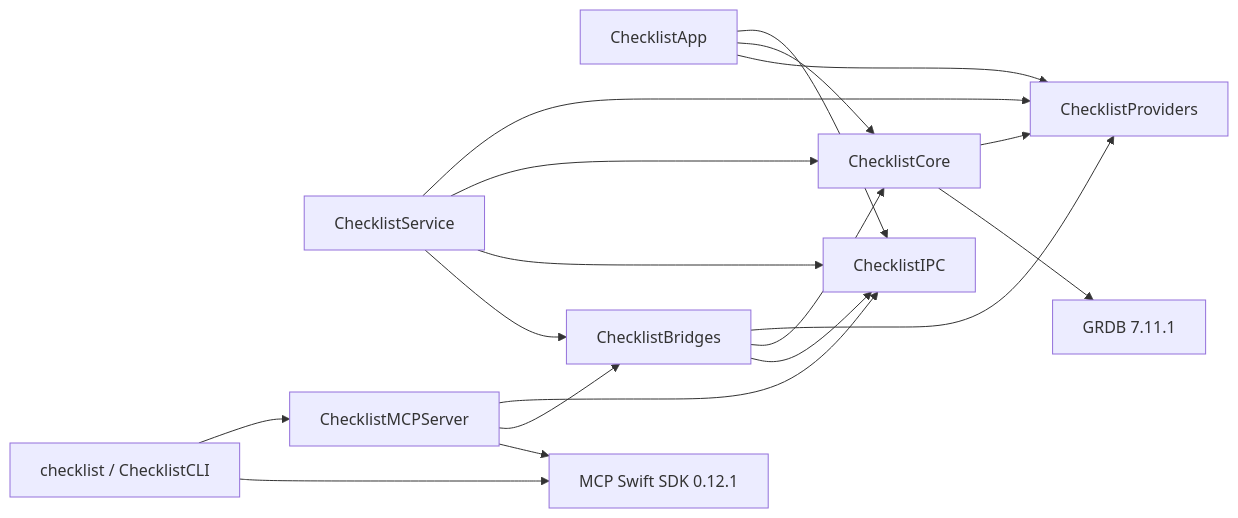
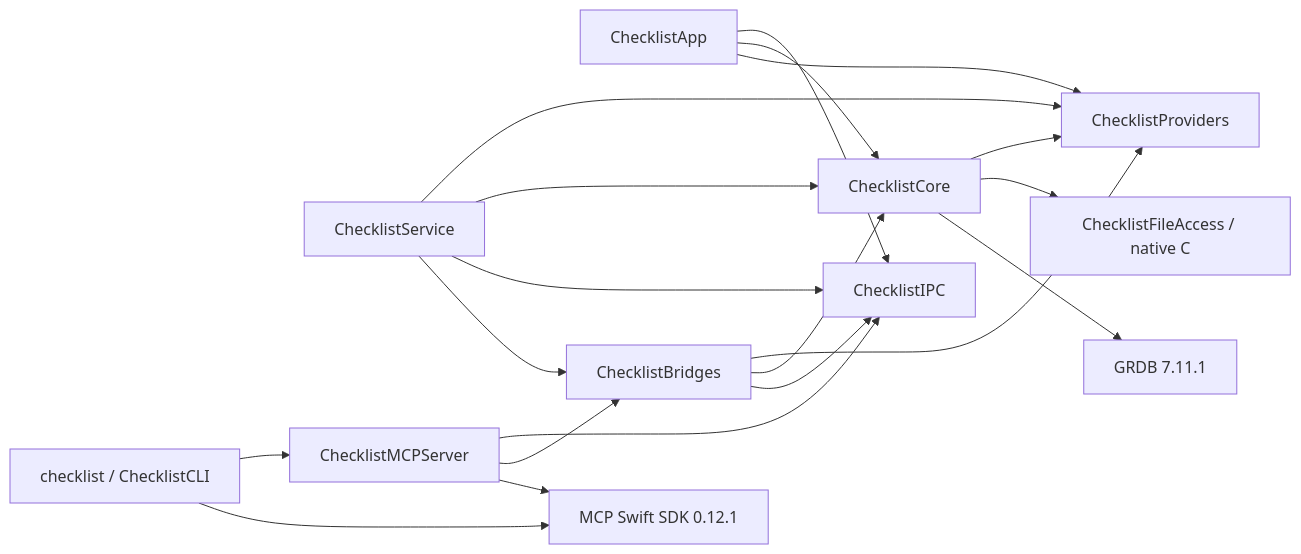
One commit to chrisbrine/checklist changed the diagram in docs/monorepo-workspace.md. Above: the diagram before and after it, drawn with Mermaid. The commit also changed other lines of this file and 117 other files, not shown here.

````diff
--- a/docs/monorepo-workspace.md
+++ b/docs/monorepo-workspace.md
@@ -7,21 +7,22 @@
 ```mermaid
 graph LR
   App[ChecklistApp] --> IPC[ChecklistIPC]
   App --> Core[ChecklistCore]
   App --> Providers[ChecklistProviders]
   Core --> Providers
+  Core --> FileAccess[ChecklistFileAccess / native C]
   Bridges --> Providers
   Service --> Providers
   Service[ChecklistService] --> Core[ChecklistCore]
   Service --> IPC
   Service --> Bridges[ChecklistBridges]
   CLI[checklist / ChecklistCLI] --> MCPServer[ChecklistMCPServer]
   CLI --> MCP[MCP Swift SDK 0.12.1]
   Bridges --> Core
 
   MCPServer --> IPC
   MCPServer --> Bridges
   MCPServer --> MCP
   Bridges --> IPC
   Core --> GRDB[GRDB 7.11.1]
 ```
````
